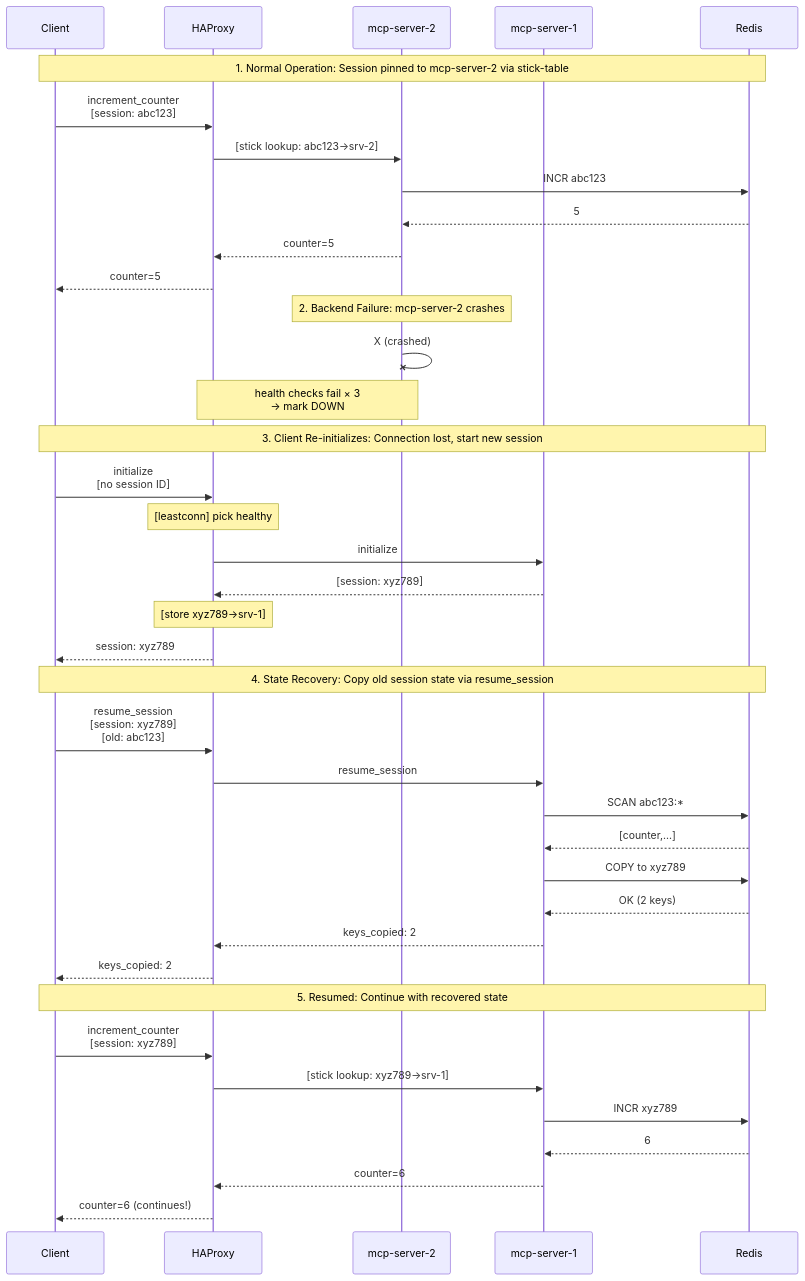
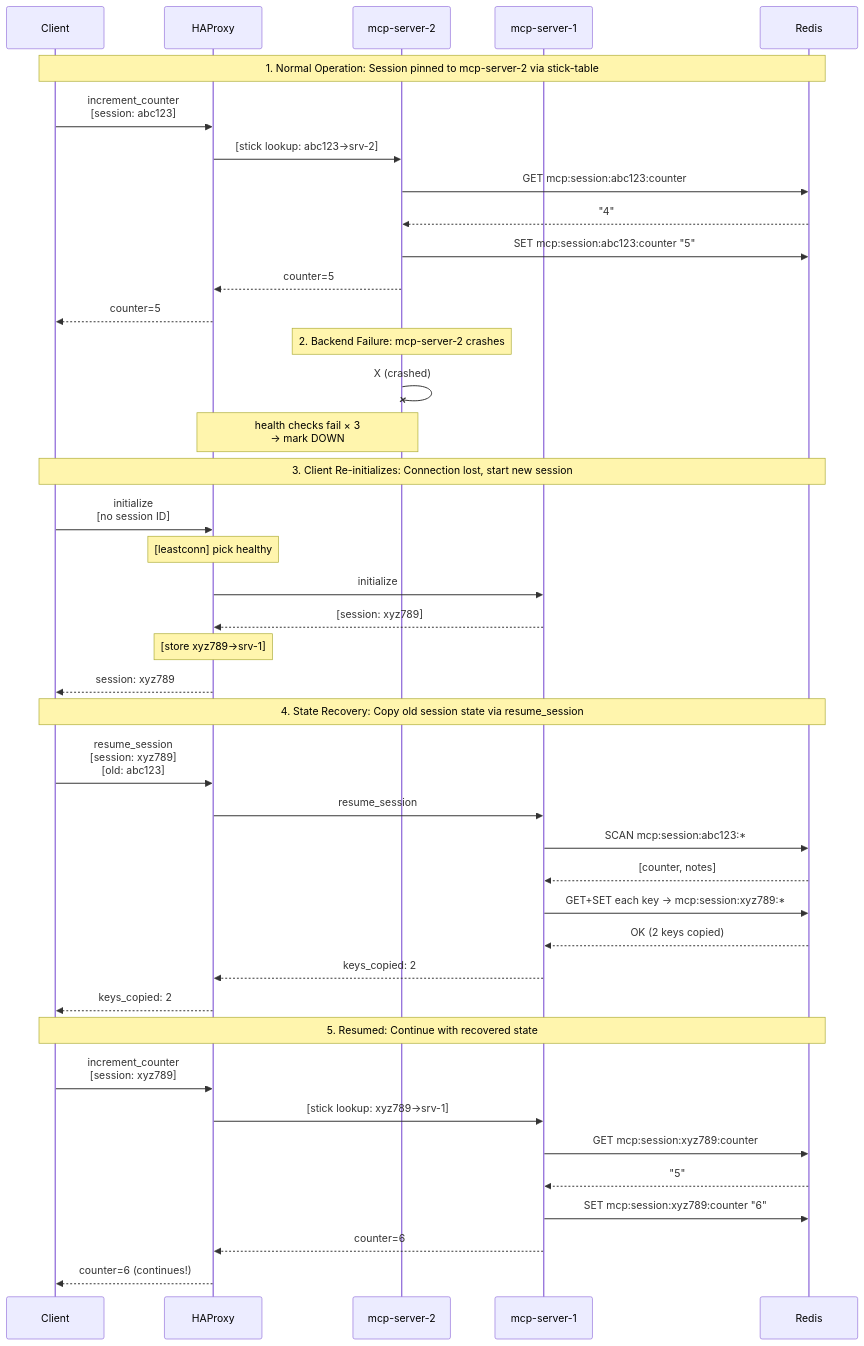
One commit to vikrantjain/mcp-high-availability changed the second of 2 diagrams in README.md. Above: the diagram before and after it, drawn with Mermaid. The commit also changed other lines of this file and 3 other files, not shown here.

````diff
--- a/README.md
+++ b/README.md
@@ -30,46 +30,48 @@
 ```mermaid
 sequenceDiagram
     participant Client
     participant HAProxy
     participant Server2 as mcp-server-2
     participant Server1 as mcp-server-1
     participant Redis
 
     Note over Client,Redis: 1. Normal Operation: Session pinned to mcp-server-2 via stick-table
     Client->>HAProxy: increment_counter<br/>[session: abc123]
     HAProxy->>Server2: [stick lookup: abc123→srv-2]
-    Server2->>Redis: INCR abc123
-    Redis-->>Server2: 5
+    Server2->>Redis: GET mcp:session:abc123:counter
+    Redis-->>Server2: "4"
+    Server2->>Redis: SET mcp:session:abc123:counter "5"
     Server2-->>HAProxy: counter=5
     HAProxy-->>Client: counter=5
 
     Note over Server2: 2. Backend Failure: mcp-server-2 crashes
     Server2-xServer2: X (crashed)
     Note over HAProxy,Server2: health checks fail × 3<br/>→ mark DOWN
 
     Note over Client,Redis: 3. Client Re-initializes: Connection lost, start new session
     Client->>HAProxy: initialize<br/>[no session ID]
     Note over HAProxy: [leastconn] pick healthy
     HAProxy->>Server1: initialize
     Server1-->>HAProxy: [session: xyz789]
     Note over HAProxy: [store xyz789→srv-1]
     HAProxy-->>Client: session: xyz789
 
     Note over Client,Redis: 4. State Recovery: Copy old session state via resume_session
     Client->>HAProxy: resume_session<br/>[session: xyz789]<br/>[old: abc123]
     HAProxy->>Server1: resume_session
-    Server1->>Redis: SCAN abc123:*
-    Redis-->>Server1: [counter,...]
-    Server1->>Redis: COPY to xyz789
-    Redis-->>Server1: OK (2 keys)
+    Server1->>Redis: SCAN mcp:session:abc123:*
+    Redis-->>Server1: [counter, notes]
+    Server1->>Redis: GET+SET each key → mcp:session:xyz789:*
+    Redis-->>Server1: OK (2 keys copied)
     Server1-->>HAProxy: keys_copied: 2
     HAProxy-->>Client: keys_copied: 2
 
     Note over Client,Redis: 5. Resumed: Continue with recovered state
     Client->>HAProxy: increment_counter<br/>[session: xyz789]
     HAProxy->>Server1: [stick lookup: xyz789→srv-1]
-    Server1->>Redis: INCR xyz789
-    Redis-->>Server1: 6
+    Server1->>Redis: GET mcp:session:xyz789:counter
+    Redis-->>Server1: "5"
+    Server1->>Redis: SET mcp:session:xyz789:counter "6"
     Server1-->>HAProxy: counter=6
     HAProxy-->>Client: counter=6 (continues!)
 ```
````
